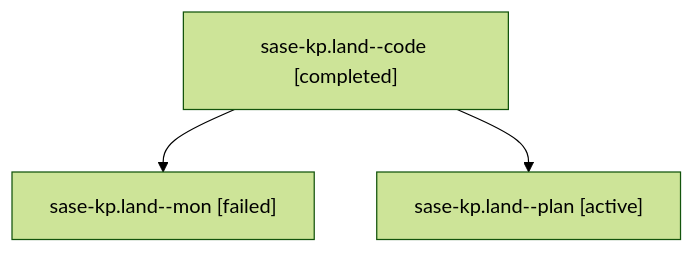
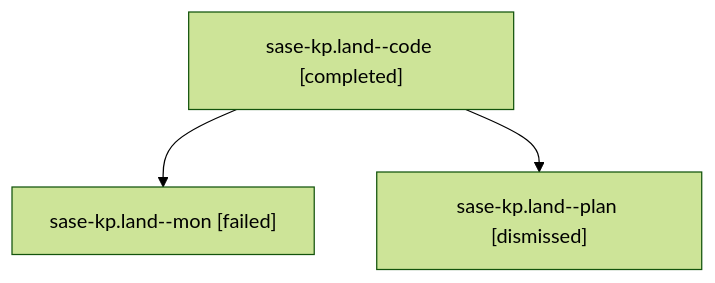
Before and after one commit to sase-org/sase--agents: the diagram in sessions/bbugyi200.athena.sase-kp.land.md, drawn with Mermaid (forest theme). The commit also changed other lines of this file and 142 other files, not shown here.

````diff
--- a/sessions/bbugyi200.athena.sase-kp.land.md
+++ b/sessions/bbugyi200.athena.sase-kp.land.md
@@ -9,8 +9,8 @@
 ```mermaid
 flowchart TD
   n0["sase-kp.land--code [completed]"]
   n1["sase-kp.land--mon [failed]"]
   n0 --> n1
-  n2["sase-kp.land--plan [active]"]
+  n2["sase-kp.land--plan [dismissed]"]
   n0 --> n2
 ```
````
